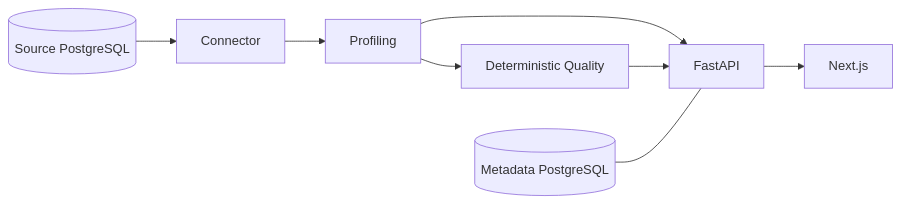
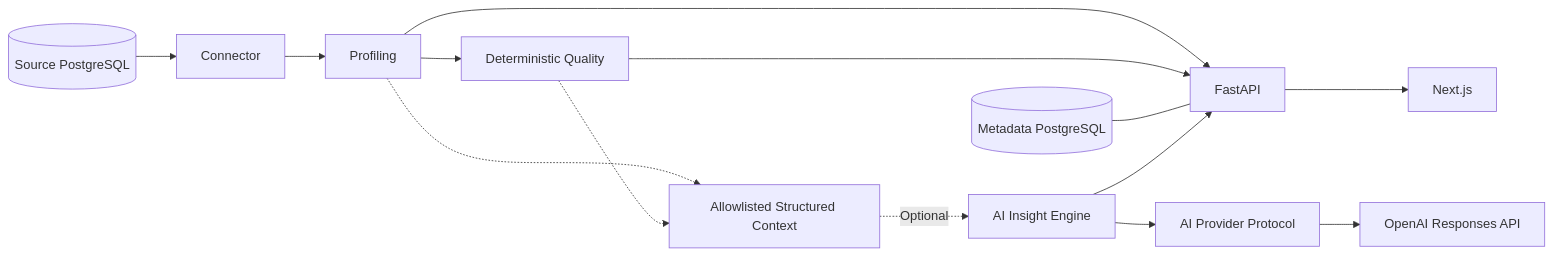
One commit to jeanteixeira/datuvera changed the diagram in docs/ARCHITECTURE.md. Above: the diagram before and after it, drawn with Mermaid. The commit also changed other lines of this file and 17 other files, not shown here.

Commit message:
feat: add optional AI insights engine

````diff
--- a/docs/ARCHITECTURE.md
+++ b/docs/ARCHITECTURE.md
@@ -7,10 +7,16 @@
 ```mermaid
 flowchart LR
     Source[(Source PostgreSQL)] --> Connector
     Connector --> Profiling
     Profiling --> Quality[Deterministic Quality]
     Profiling --> API[FastAPI]
     Quality --> API
     Metadata[(Metadata PostgreSQL)] --- API
     API --> Web[Next.js]
+    Profiling -.-> Context[Allowlisted Structured Context]
+    Quality -.-> Context
+    Context -. Optional .-> AI[AI Insight Engine]
+    AI --> Provider[AI Provider Protocol]
+    Provider --> OpenAI[OpenAI Responses API]
+    AI --> API
 ```
````
